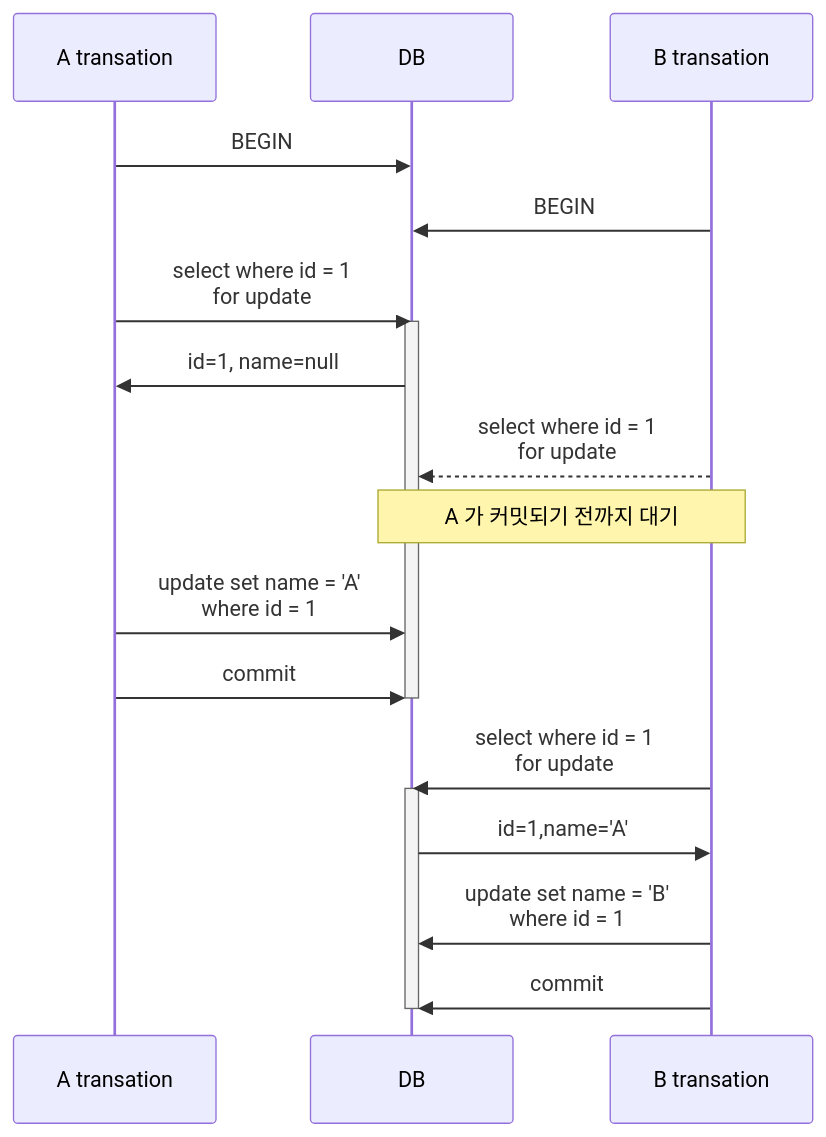
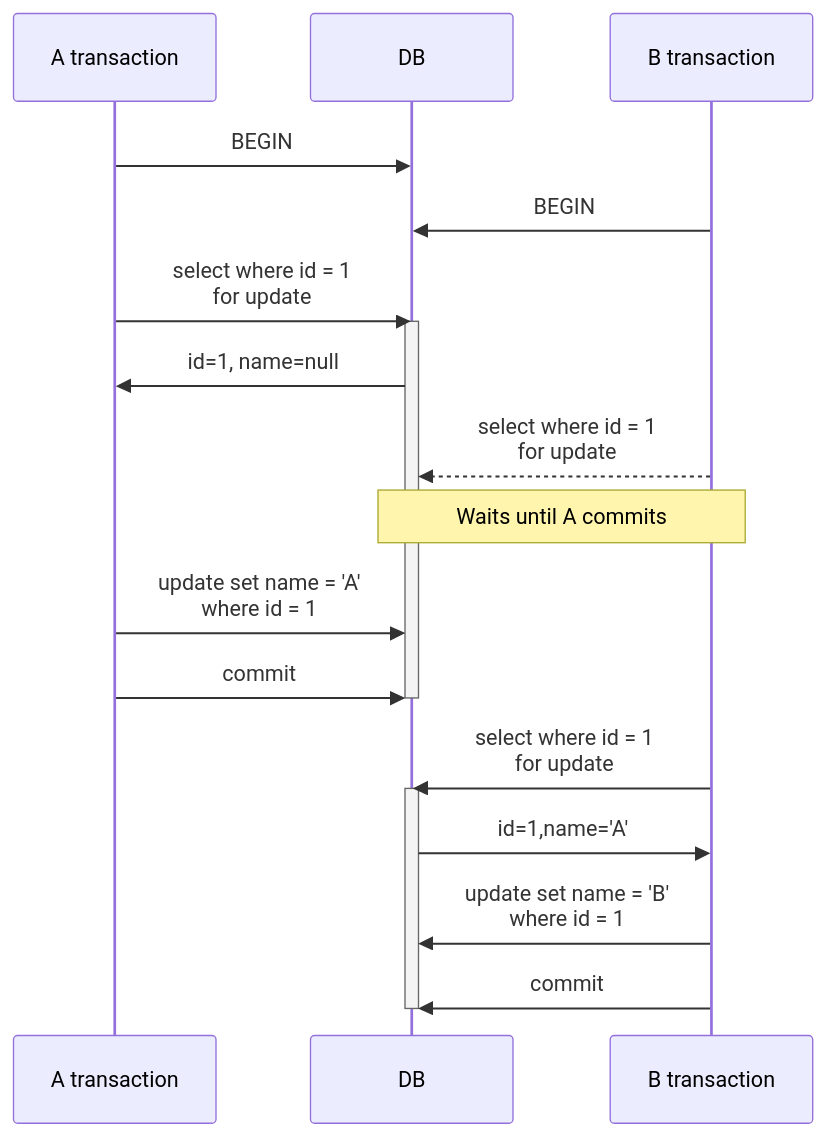
Before and after one commit to songkg7/songkg7.github.io: the fourth of 4 diagrams in i18n/en/docusaurus-plugin-content-blog/2024-04-20/select-for-update-in-PostgreSQL.md, drawn with Mermaid. The commit also changed other lines of this file, not shown here.

````diff
--- a/i18n/en/docusaurus-plugin-content-blog/2024-04-20/select-for-update-in-PostgreSQL.md
+++ b/i18n/en/docusaurus-plugin-content-blog/2024-04-20/select-for-update-in-PostgreSQL.md
@@ -155,22 +155,22 @@
 ```mermaid
 sequenceDiagram
-    participant A as A transation
+    participant A as A transaction
     participant DB
-    participant B as B transation
+    participant B as B transaction
     A->>DB: BEGIN
     B->>DB: BEGIN
     A->>DB: select where id = 1<br/>for update
     activate DB
     DB->>A: id=1, name=null
     B-->>DB: select where id = 1<br/>for update
-    Note over B,DB: A 가 커밋되기 전까지 대기
+    Note over B,DB: Waits until A commits
     A->>DB: update set name = 'A'<br/>where id = 1
     A->>DB: commit
     deactivate DB
     B->>DB: select where id = 1<br/>for update
     activate DB
     DB->>B: id=1,name='A'
     B->>DB: update set name = 'B'<br/>where id = 1
     B->>DB: commit
     deactivate DB
 ```
````
